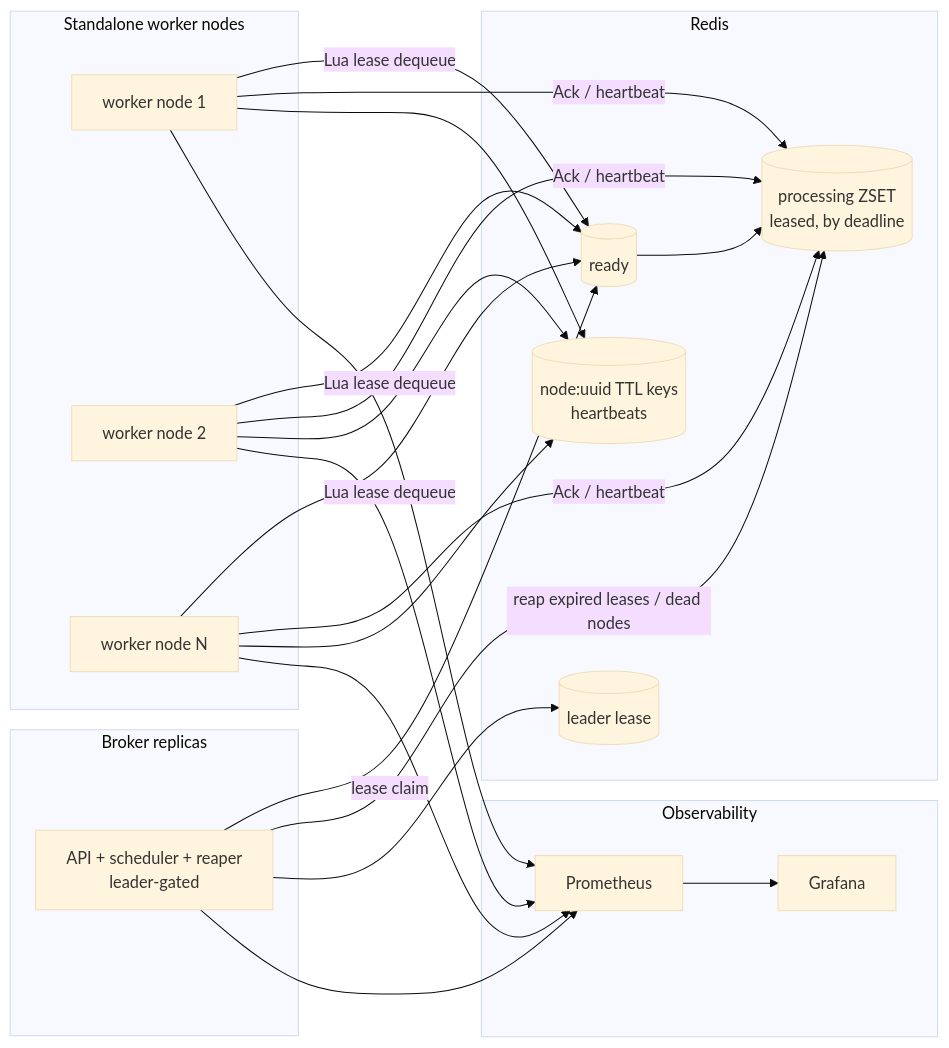
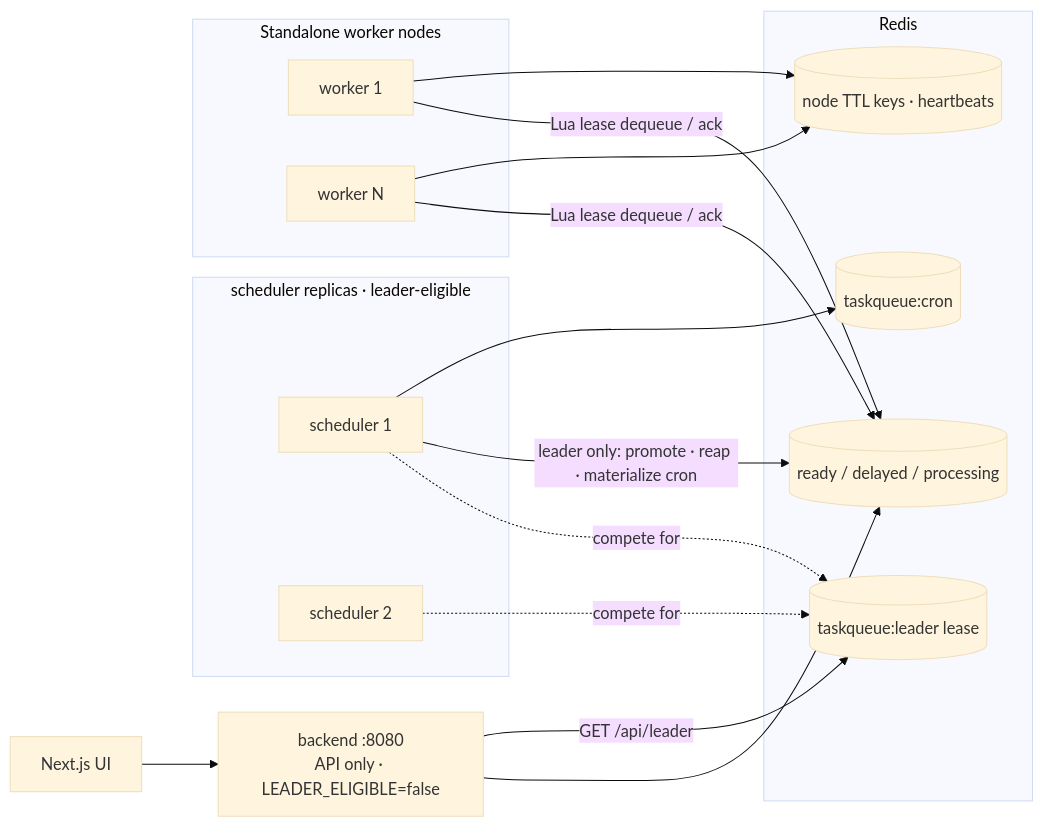
Before and after one commit to kripa-sindhu-007/task-queue-educational-dashboard: the second of 2 diagrams in docs/ARCHITECTURE.md, drawn with Mermaid (base theme). The commit also changed other lines of this file and 6 other files, not shown here.

First line of the commit message:
feat: complete Phase 4 coordination with leader election, cron jobs, and chaos testing

````diff
--- a/docs/ARCHITECTURE.md
+++ b/docs/ARCHITECTURE.md
@@ -259,29 +320,27 @@
 ```mermaid
 flowchart LR
-    subgraph brokers [Broker replicas]
-        API2[API + scheduler + reaper<br/>leader-gated]
+    UI[Next.js UI] --> API[backend :8080<br/>API only · LEADER_ELIGIBLE=false]
+    subgraph sched [scheduler replicas · leader-eligible]
+        S1[scheduler 1]
+        S2[scheduler 2]
     end
     subgraph workers [Standalone worker nodes]
-        W1[worker node 1]
-        W2[worker node 2]
-        WN[worker node N]
+        W1[worker 1]
+        WN[worker N]
     end
     subgraph redis2 [Redis]
-        READY2[(ready)]
-        PROC[(processing ZSET<br/>leased, by deadline)]
-        NODES[(node:uuid TTL keys<br/>heartbeats)]
-        LEADER[(leader lease)]
-    end
-    subgraph obs [Observability]
-        PROM[Prometheus]
-        GRAF[Grafana]
+        READY2[(ready / delayed / processing)]
+        NODES[(node TTL keys · heartbeats)]
+        CRON[(taskqueue:cron)]
+        LEADER[(taskqueue:leader lease)]
     end
 
-    API2 -->|lease claim| READY2
-    W1 & W2 & WN -->|Lua lease dequeue| READY2 --> PROC
-    W1 & W2 & WN -->|Ack / heartbeat| PROC
-    W1 & W2 & WN --> NODES
-    API2 -->|reap expired leases / dead nodes| PROC
-    API2 --> LEADER
-    API2 & W1 & W2 & WN --> PROM --> GRAF
+    S1 -. "compete for" .-> LEADER
+    S2 -. "compete for" .-> LEADER
+    S1 -->|leader only: promote · reap · materialize cron| READY2
+    S1 --> CRON
+    W1 & WN -->|Lua lease dequeue / ack| READY2
+    W1 & WN --> NODES
+    API --> READY2
+    API -->|GET /api/leader| LEADER
 ```
````
